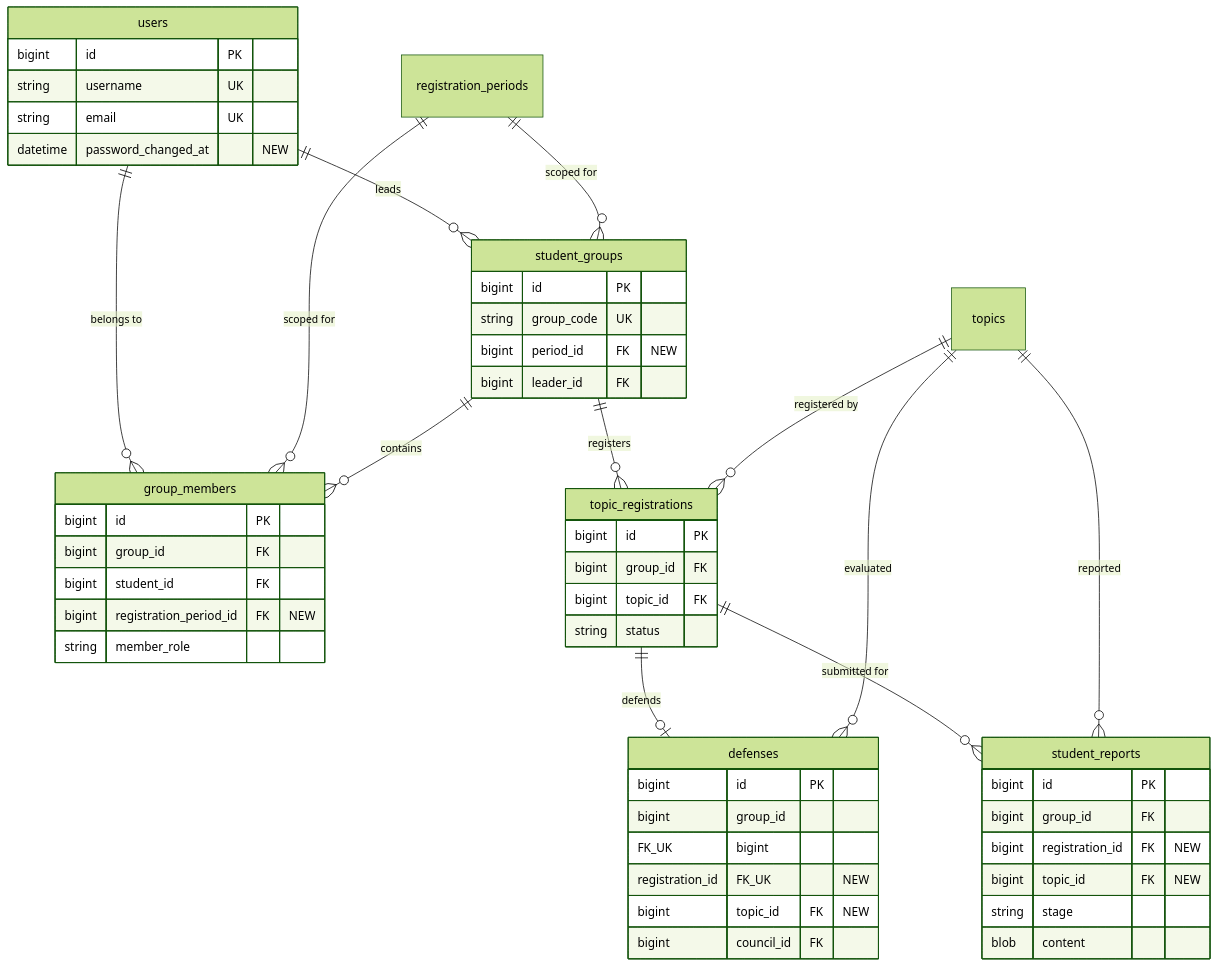
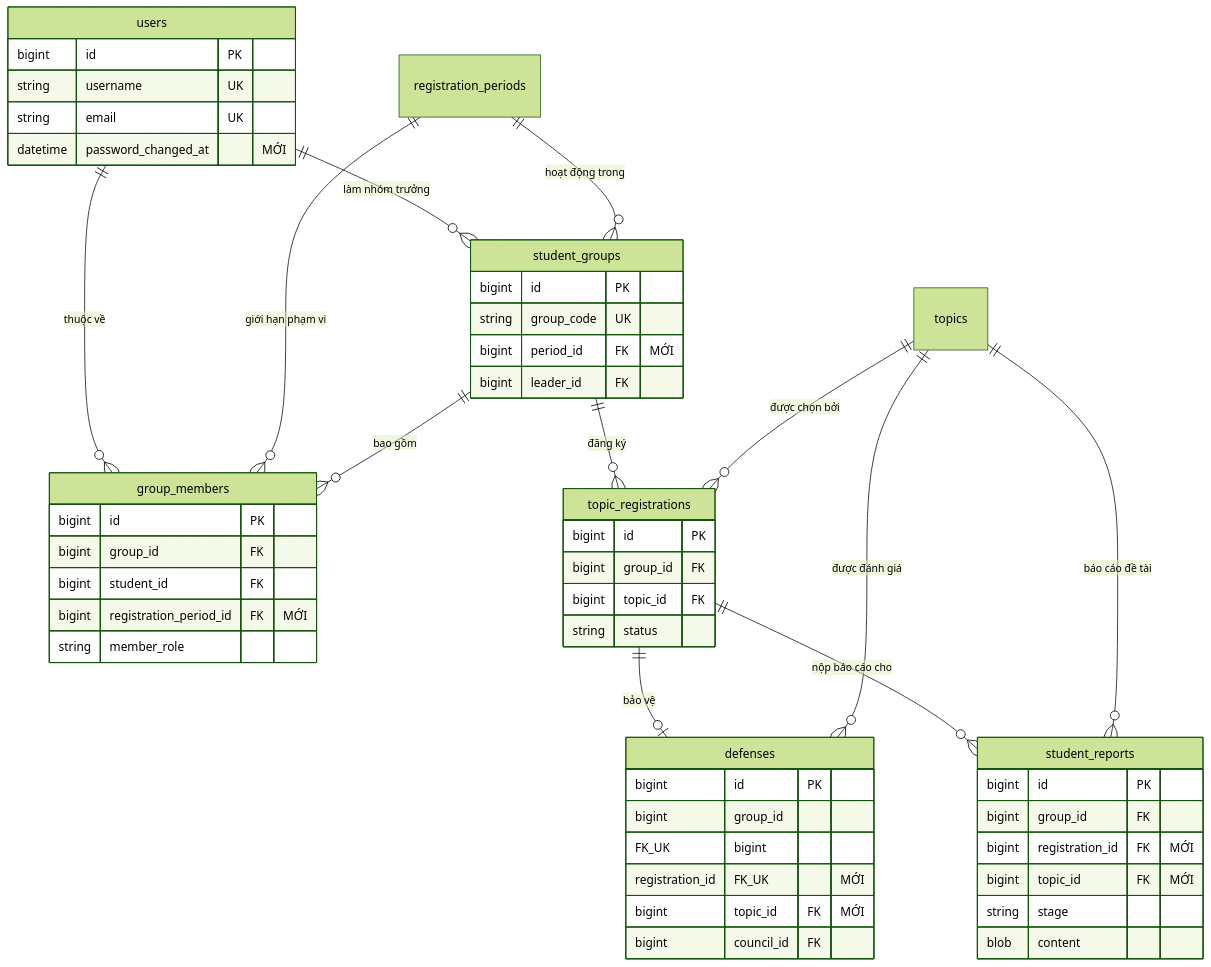
One commit to leminhhuy-ute/Web-Programming-WEPR330479- changed the diagram in docs/FINAL_VERIFICATION_REPORT.md. Above: the diagram before and after it, drawn with Mermaid (forest theme). The commit also changed other lines of this file and 18 other files, not shown here.

````diff
--- a/docs/FINAL_VERIFICATION_REPORT.md
+++ b/docs/FINAL_VERIFICATION_REPORT.md
@@ -83,60 +83,60 @@
 ```mermaid
 erDiagram
-    users ||--o{ group_members : "belongs to"
-    users ||--o{ student_groups : "leads"
-    registration_periods ||--o{ student_groups : "scoped for"
-    registration_periods ||--o{ group_members : "scoped for"
-    student_groups ||--o{ group_members : "contains"
-    student_groups ||--o{ topic_registrations : "registers"
-    topics ||--o{ topic_registrations : "registered by"
-    topic_registrations ||--o| defenses : "defends"
-    topic_registrations ||--o{ student_reports : "submitted for"
-    topics ||--o{ defenses : "evaluated"
-    topics ||--o{ student_reports : "reported"
+    users ||--o{ group_members : "thuộc về"
+    users ||--o{ student_groups : "làm nhóm trưởng"
+    registration_periods ||--o{ student_groups : "hoạt động trong"
+    registration_periods ||--o{ group_members : "giới hạn phạm vi"
+    student_groups ||--o{ group_members : "bao gồm"
+    student_groups ||--o{ topic_registrations : "đăng ký"
+    topics ||--o{ topic_registrations : "được chọn bởi"
+    topic_registrations ||--o| defenses : "bảo vệ"
+    topic_registrations ||--o{ student_reports : "nộp báo cáo cho"
+    topics ||--o{ defenses : "được đánh giá"
+    topics ||--o{ student_reports : "báo cáo đề tài"
 
     users {
         bigint id PK
         string username UK
         string email UK
-        datetime password_changed_at "NEW"
+        datetime password_changed_at "MỚI"
     }
 
     student_groups {
         bigint id PK
         string group_code UK
-        bigint period_id FK "NEW"
+        bigint period_id FK "MỚI"
         bigint leader_id FK
     }
 
     group_members {
         bigint id PK
         bigint group_id FK
         bigint student_id FK
-        bigint registration_period_id FK "NEW"
+        bigint registration_period_id FK "MỚI"
         string member_role
     }
 
     topic_registrations {
         bigint id PK
         bigint group_id FK
         bigint topic_id FK
         string status
     }
 
     student_reports {
         bigint id PK
         bigint group_id FK
-        bigint registration_id FK "NEW"
-        bigint topic_id FK "NEW"
+        bigint registration_id FK "MỚI"
+        bigint topic_id FK "MỚI"
         string stage
         blob content
     }
 
     defenses {
         bigint id PK
         bigint group_id FK_UK
-        bigint registration_id FK_UK "NEW"
-        bigint topic_id FK "NEW"
+        bigint registration_id FK_UK "MỚI"
+        bigint topic_id FK "MỚI"
         bigint council_id FK
     }
 ```
````
